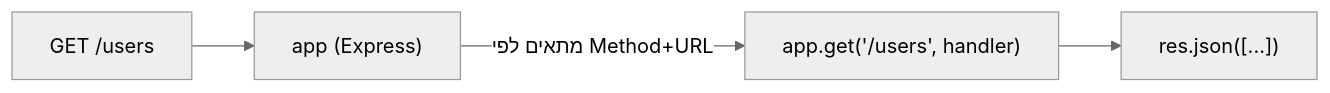
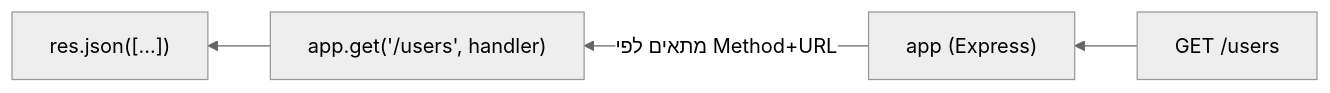
One commit to neriyaMalachi/FullStack_kodkode_5 changed the diagram in content/docs/server/29-express-basics-content.md. Above: the diagram before and after it, drawn with Mermaid (neutral theme). The commit also changed 61 other files, not shown here.

````diff
--- a/content/docs/server/29-express-basics-content.md
+++ b/content/docs/server/29-express-basics-content.md
@@ -51,6 +51,6 @@
 ```mermaid
-flowchart LR
+flowchart RL
     Req["GET /users"] --> App["app (Express)"]
     App -->|"מתאים לפי Method+URL"| H["app.get('/users', handler)"]
     H --> Res["res.json([...])"]
 ```
````
